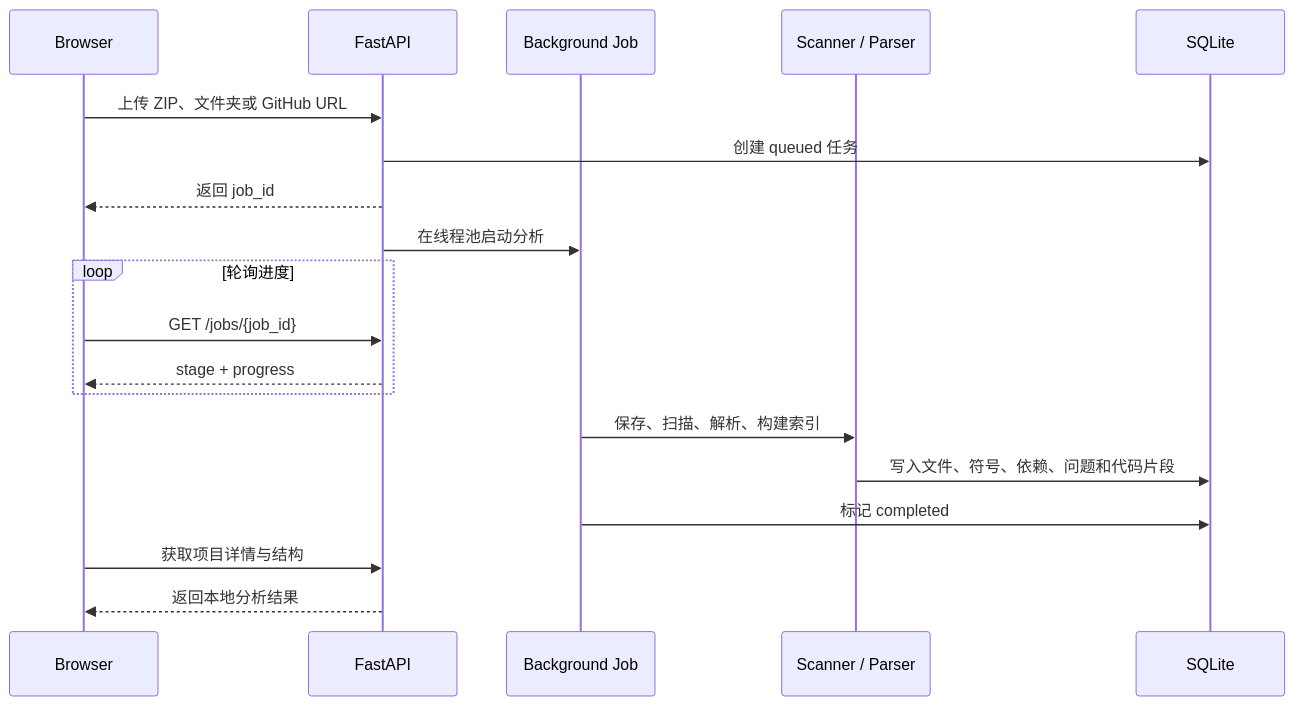
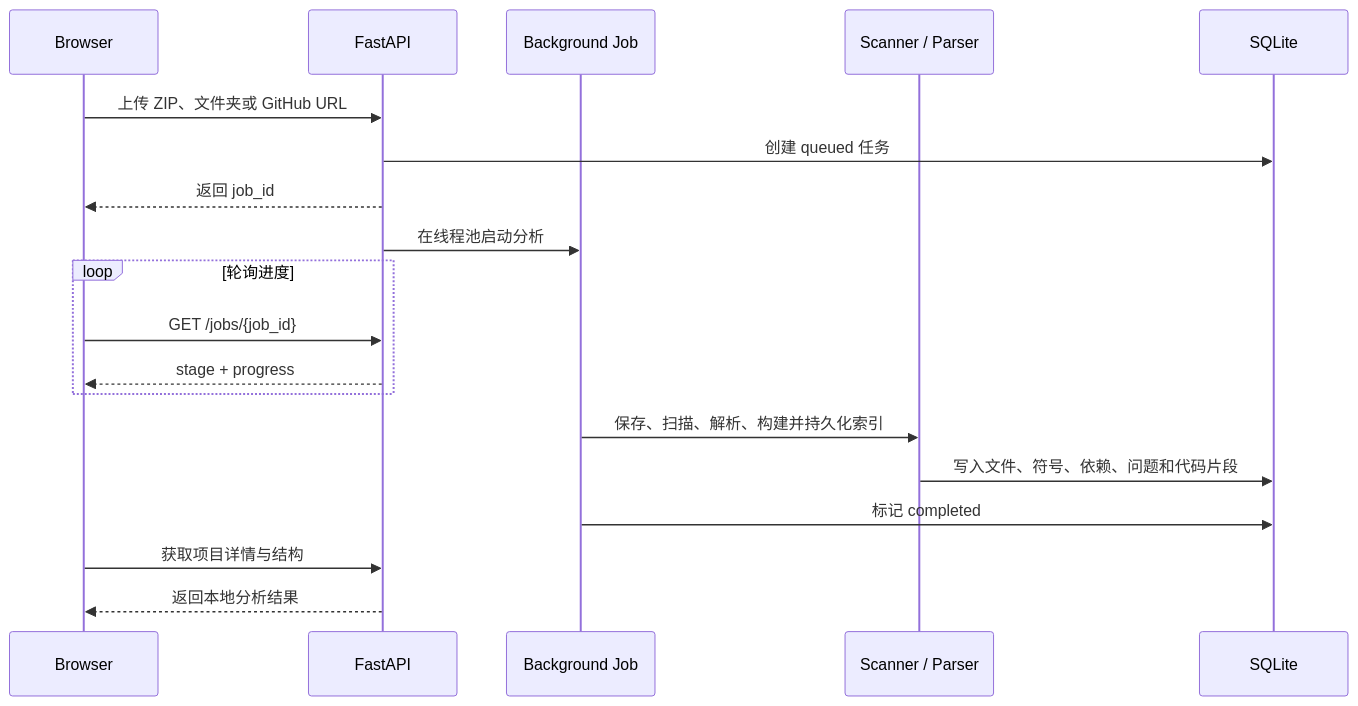
The second of 2 diagrams in docs/ARCHITECTURE.md (Boomfreezing/DevAtlas), drawn with Mermaid before and after one commit. The commit also changed other lines of this file and 48 other files, not shown here.

````diff
--- a/docs/ARCHITECTURE.md
+++ b/docs/ARCHITECTURE.md
@@ -63,22 +74,22 @@
 ```mermaid
 sequenceDiagram
     participant B as Browser
     participant A as FastAPI
     participant J as Background Job
     participant S as Scanner / Parser
     participant D as SQLite
 
     B->>A: 上传 ZIP、文件夹或 GitHub URL
     A->>D: 创建 queued 任务
     A-->>B: 返回 job_id
     A->>J: 在线程池启动分析
     loop 轮询进度
         B->>A: GET /jobs/{job_id}
         A-->>B: stage + progress
     end
-    J->>S: 保存、扫描、解析、构建索引
+    J->>S: 保存、扫描、解析、构建并持久化索引
     S->>D: 写入文件、符号、依赖、问题和代码片段
     J->>D: 标记 completed
     B->>A: 获取项目详情与结构
     A-->>B: 返回本地分析结果
 ```
````
